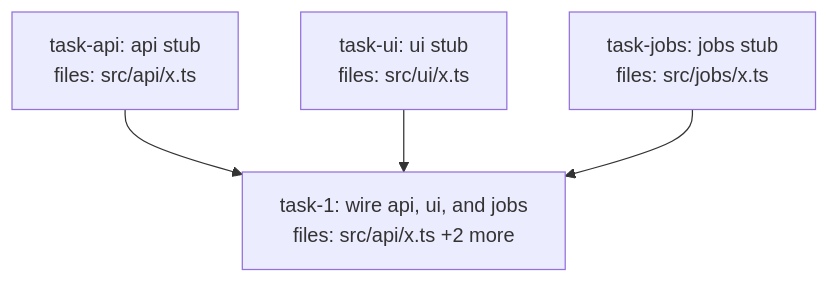
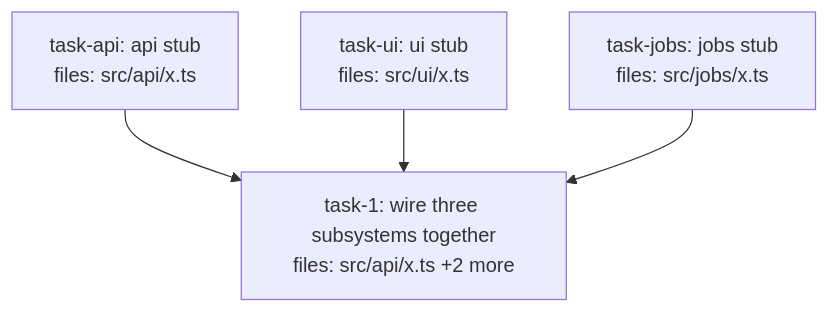
The diagram in tests/fixtures/tiers/should-warn/s9-multi-system-wiring.md (BrettNye/parallel-dag-execution), drawn with Mermaid before and after one commit. The commit also changed other lines of this file and 3 other files, not shown here.

````diff
--- a/tests/fixtures/tiers/should-warn/s9-multi-system-wiring.md
+++ b/tests/fixtures/tiers/should-warn/s9-multi-system-wiring.md
@@ -8,17 +8,17 @@
 ```mermaid
 flowchart TD
     task-api["task-api: api stub<br/>files: src/api/x.ts"]
     task-ui["task-ui: ui stub<br/>files: src/ui/x.ts"]
     task-jobs["task-jobs: jobs stub<br/>files: src/jobs/x.ts"]
-    task-1["task-1: wire api, ui, and jobs<br/>files: src/api/x.ts +2 more"]
+    task-1["task-1: wire three subsystems together<br/>files: src/api/x.ts +2 more"]
 
     task-api --> task-1
     task-ui --> task-1
     task-jobs --> task-1
 
     classDef done fill:#90ee90,stroke:#333
     classDef ready fill:#fffacd,stroke:#333
     classDef running fill:#87ceeb,stroke:#333
     classDef failed fill:#ffb6c1,stroke:#333
     classDef skipped fill:#d3d3d3,stroke:#333,stroke-dasharray: 5 5
 ```
````
